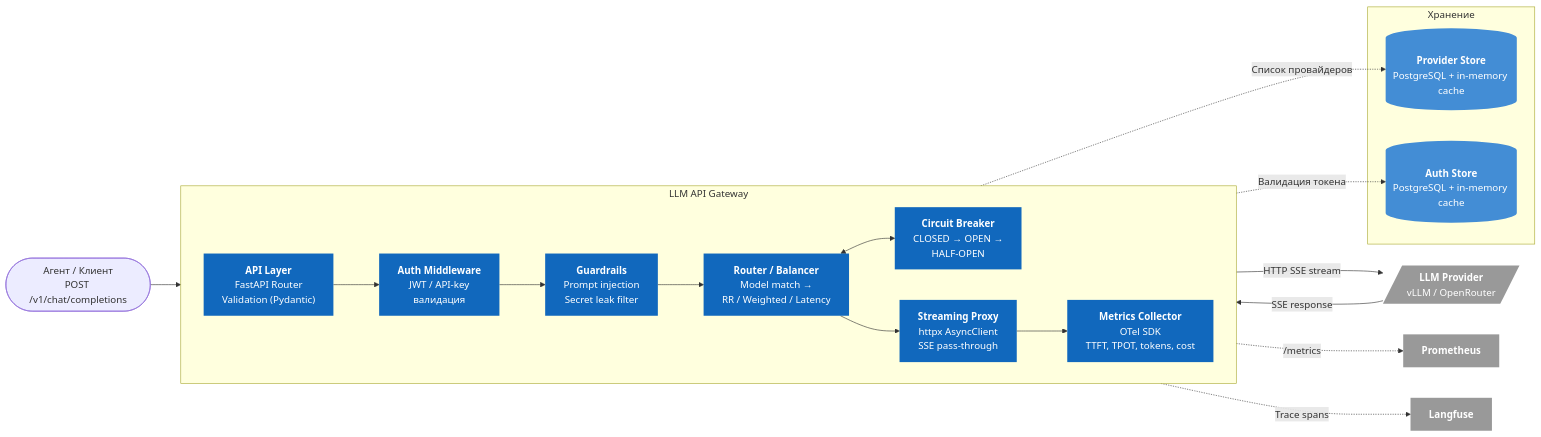
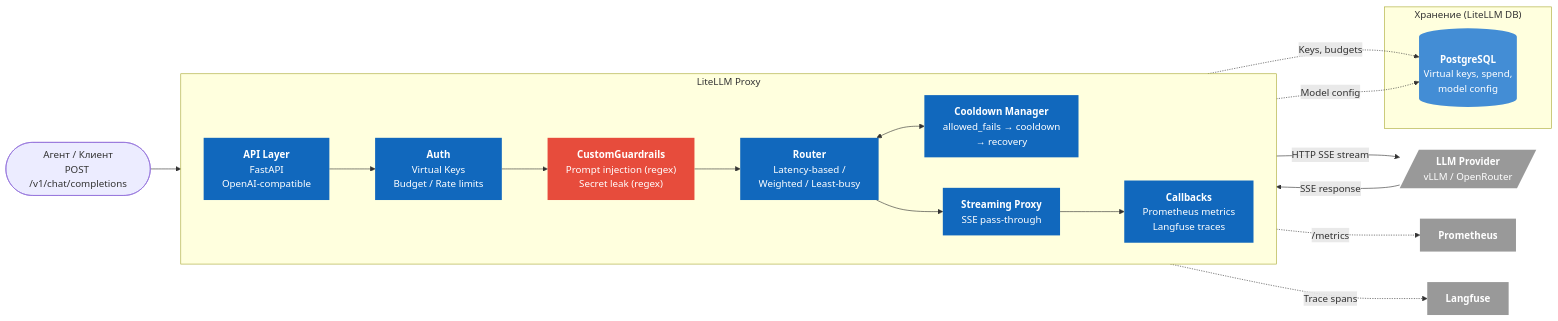
One commit to Ygrick/SRE-agent changed the diagram in docs/diagrams/c4-component.md. Above: the diagram before and after it, drawn with Mermaid. The commit also changed other lines of this file and 10 other files, not shown here.

Commit message:
Update documentation to reflect the integration of LiteLLM Proxy as the LLM API Gateway

````diff
--- a/docs/diagrams/c4-component.md
+++ b/docs/diagrams/c4-component.md
@@ -5,48 +5,49 @@
 ```mermaid
 flowchart LR
     client(["Агент / Клиент<br/>POST /v1/chat/completions"])
 
-    subgraph gateway ["LLM API Gateway"]
+    subgraph litellm ["LiteLLM Proxy"]
         direction LR
 
-        api["<b>API Layer</b><br/>FastAPI Router<br/>Validation (Pydantic)"]
-        auth["<b>Auth Middleware</b><br/>JWT / API-key<br/>валидация"]
-        guardrails["<b>Guardrails</b><br/>Prompt injection<br/>Secret leak filter"]
-        router["<b>Router / Balancer</b><br/>Model match →<br/>RR / Weighted / Latency"]
-        cb["<b>Circuit Breaker</b><br/>CLOSED → OPEN →<br/>HALF-OPEN"]
-        proxy["<b>Streaming Proxy</b><br/>httpx AsyncClient<br/>SSE pass-through"]
-        metrics["<b>Metrics Collector</b><br/>OTel SDK<br/>TTFT, TPOT, tokens, cost"]
+        api["<b>API Layer</b><br/>FastAPI<br/>OpenAI-compatible"]
+        auth["<b>Auth</b><br/>Virtual Keys<br/>Budget / Rate limits"]
+        guardrails["<b>CustomGuardrails</b><br/>Prompt injection (regex)<br/>Secret leak (regex)"]
+        router["<b>Router</b><br/>Latency-based /<br/>Weighted / Least-busy"]
+        cooldown["<b>Cooldown Manager</b><br/>allowed_fails → cooldown<br/>→ recovery"]
+        proxy["<b>Streaming Proxy</b><br/>SSE pass-through"]
+        callbacks["<b>Callbacks</b><br/>Prometheus metrics<br/>Langfuse traces"]
 
         api --> auth --> guardrails --> router
-        router <--> cb
+        router <--> cooldown
         router --> proxy
-        proxy --> metrics
+        proxy --> callbacks
     end
 
-    subgraph stores ["Хранение"]
-        provider_store[("<b>Provider Store</b><br/>PostgreSQL + in-memory cache")]
-        auth_store[("<b>Auth Store</b><br/>PostgreSQL + in-memory cache")]
+    subgraph stores ["Хранение (LiteLLM DB)"]
+        litellm_db[("<b>PostgreSQL</b><br/>Virtual keys, spend,<br/>model config")]
     end
 
     llm[/"<b>LLM Provider</b><br/>vLLM / OpenRouter"/]
     prometheus["<b>Prometheus</b>"]
     langfuse["<b>Langfuse</b>"]
 
     client --> api
     proxy -- "HTTP SSE stream" --> llm
     llm -- "SSE response" --> proxy
 
-    auth -. "Валидация токена" .-> auth_store
-    router -. "Список провайдеров" .-> provider_store
+    auth -. "Keys, budgets" .-> litellm_db
+    router -. "Model config" .-> litellm_db
 
-    metrics -. "/metrics" .-> prometheus
-    metrics -. "Trace spans" .-> langfuse
+    callbacks -. "/metrics" .-> prometheus
+    callbacks -. "Trace spans" .-> langfuse
 
-    classDef middleware fill:#1168bd,color:#fff,stroke:none
+    classDef litellm_built_in fill:#1168bd,color:#fff,stroke:none
+    classDef custom fill:#e74c3c,color:#fff,stroke:none
     classDef store fill:#438dd5,color:#fff,stroke:none
     classDef external fill:#999,color:#fff,stroke:none
 
-    class api,auth,guardrails,router,cb,proxy,metrics middleware
-    class provider_store,auth_store store
+    class api,auth,router,cooldown,proxy,callbacks litellm_built_in
+    class guardrails custom
+    class litellm_db store
     class llm,prometheus,langfuse external
 ```
````
